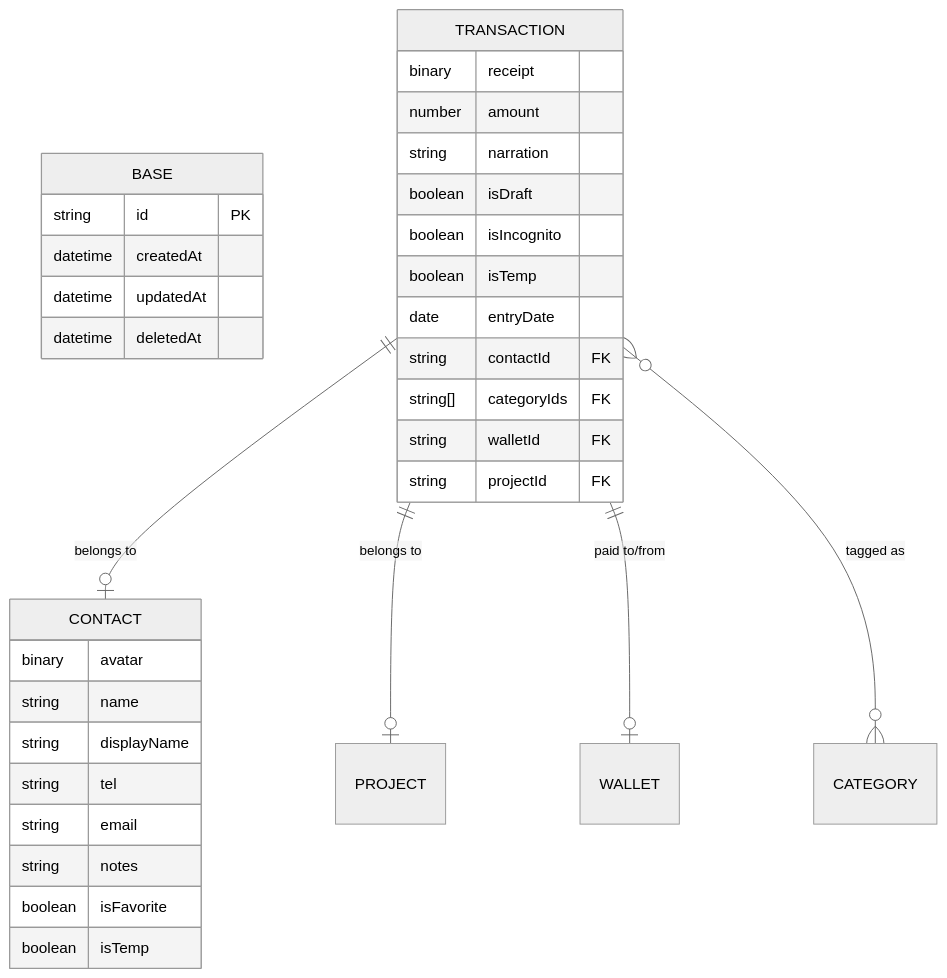
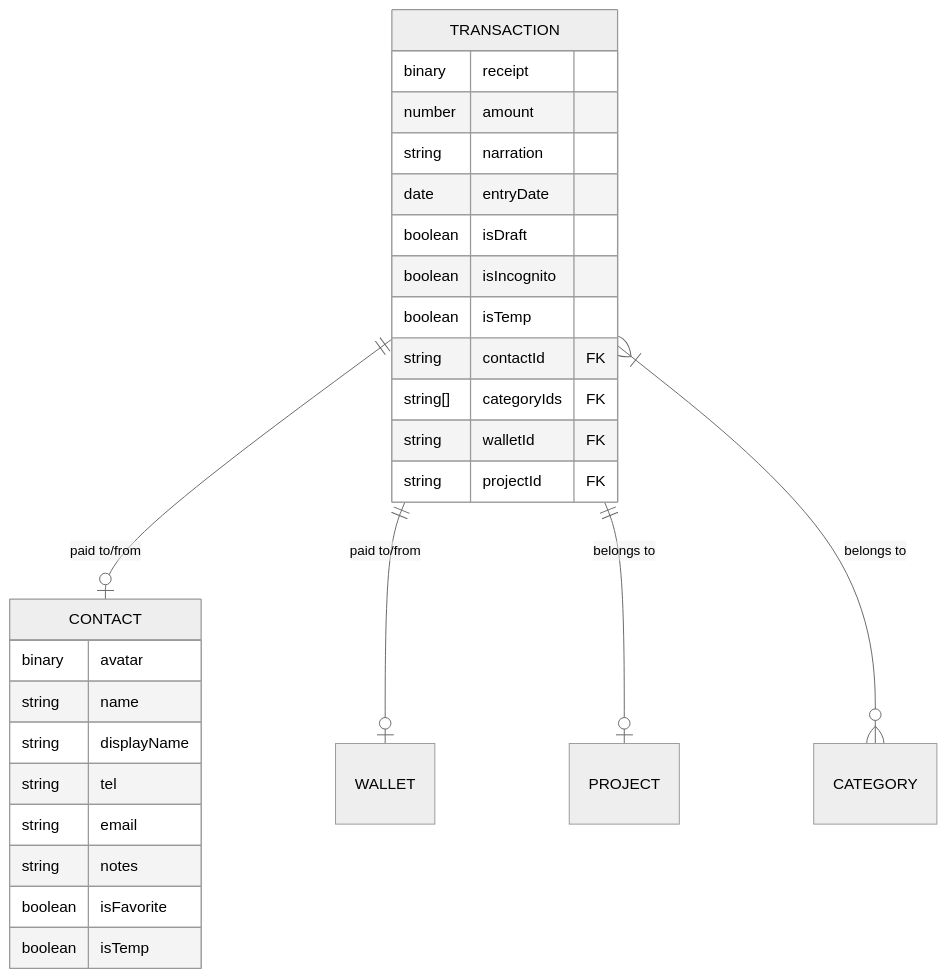
The first of 2 diagrams in README.md (2gbeh/fedora), drawn with Mermaid (neutral theme) before and after one commit. The commit also changed other lines of this file and 6 other files, not shown here.

Commit message:
doc(readme ): add erd, flowchart

````diff
--- a/README.md
+++ b/README.md
@@ -111,41 +40,34 @@
 ```mermaid
 erDiagram
-    BASE {
-        string id PK
-        datetime createdAt
-        datetime updatedAt
-        datetime deletedAt
-    }
-
    TRANSACTION {
         binary receipt
         number amount
         string narration
+        date entryDate
         boolean isDraft
         boolean isIncognito
         boolean isTemp
-        date entryDate
 
         %% Foreign Keys (FK)
         string contactId FK
         string[] categoryIds FK
         string walletId FK
         string projectId FK
     }
 
    CONTACT {
         binary avatar
         string name
         string displayName
         string tel
         string email
         string notes
         boolean isFavorite
         boolean isTemp
     }
 
-    TRANSACTION ||--o| CONTACT : "belongs to"
+    TRANSACTION ||--o| CONTACT : "paid to/from"
+    TRANSACTION ||--o| WALLET : "paid to/from"
     TRANSACTION ||--o| PROJECT : "belongs to"
-    TRANSACTION ||--o| WALLET : "paid to/from"
-    TRANSACTION }o--o{ CATEGORY : "tagged as"
+    TRANSACTION }|--o{ CATEGORY : "belongs to"
 ```
````
